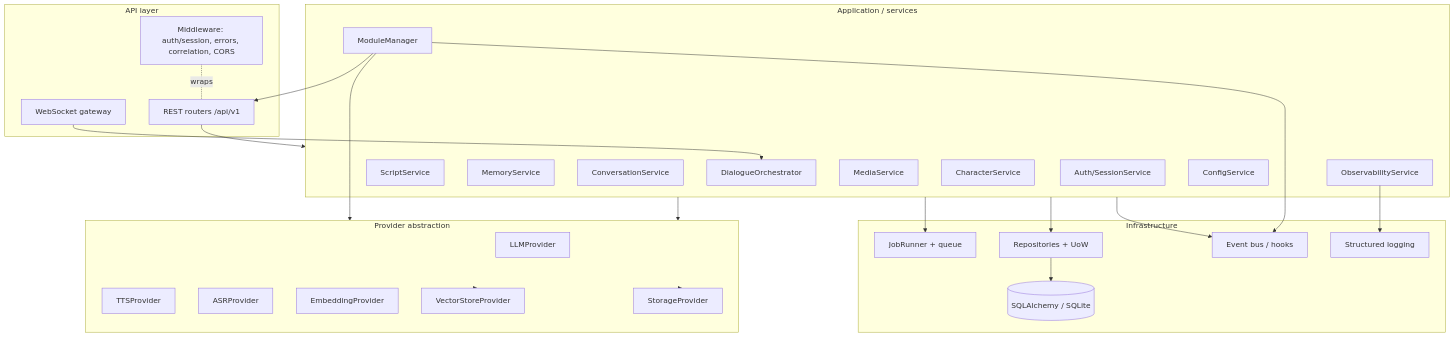
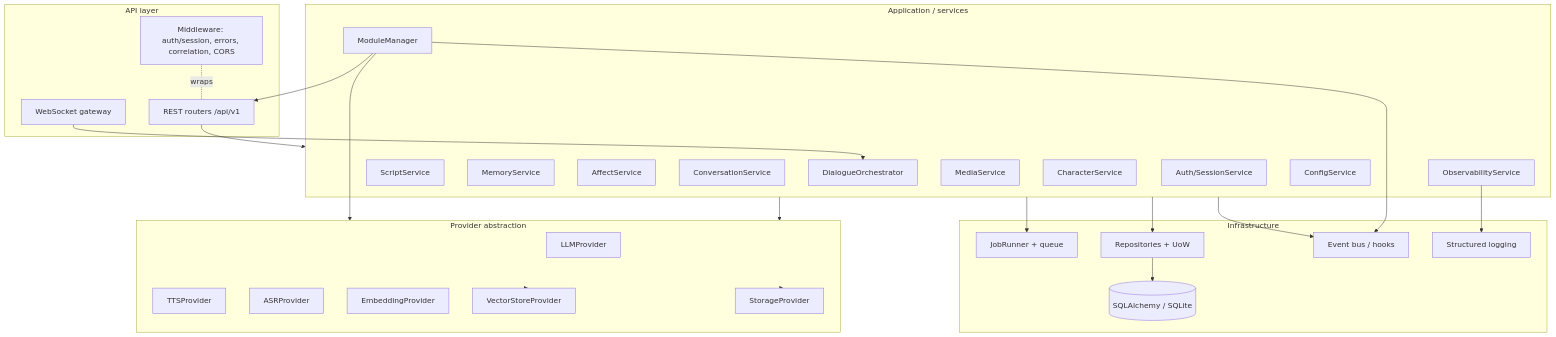
Before and after one commit to Nagino-Reina/NagiFlow: the third of 7 diagrams in docs/03-system-architecture.md, drawn with Mermaid. The commit also changed other lines of this file and 133 other files, not shown here.

````diff
--- a/docs/03-system-architecture.md
+++ b/docs/03-system-architecture.md
@@ -118,49 +118,50 @@
 ```mermaid
 flowchart TB
     subgraph API[API layer]
       REST[REST routers /api/v1]
       WS[WebSocket gateway]
       MWR[Middleware: auth/session, errors, correlation, CORS]
     end
     subgraph APP[Application / services]
       CHAR[CharacterService]
       SCRIPT[ScriptService]
       MEM[MemoryService]
+      AFF[AffectService]
       CONV[ConversationService]
       ORCH[DialogueOrchestrator]
       MEDIA[MediaService]
       OBSV[ObservabilityService]
       MODMGR[ModuleManager]
       AUTHS[Auth/SessionService]
       CFG[ConfigService]
     end
     subgraph PROV[Provider abstraction]
       LLM[LLMProvider]
       TTS[TTSProvider]
       ASRP[ASRProvider]
       EMB[EmbeddingProvider]
       VS[VectorStoreProvider]
       STO[StorageProvider]
     end
     subgraph INFRA[Infrastructure]
       JOBS[JobRunner + queue]
       REPO[Repositories + UoW]
       ORM[(SQLAlchemy / SQLite)]
       EVENTS[Event bus / hooks]
       LOG[Structured logging]
     end
 
     REST --> APP
     WS --> ORCH
     MWR -. wraps .- REST
     APP --> PROV
     APP --> JOBS
     APP --> REPO --> ORM
     APP --> EVENTS
     MODMGR --> PROV
     MODMGR --> REST
     MODMGR --> EVENTS
     PROV --> VS
     PROV --> STO
     OBSV --> LOG
 ```
````
